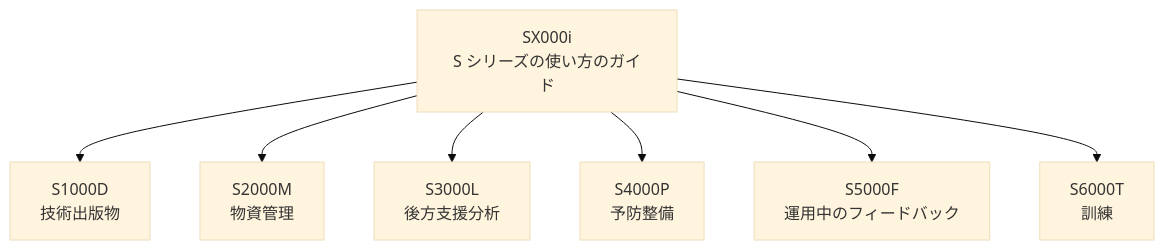
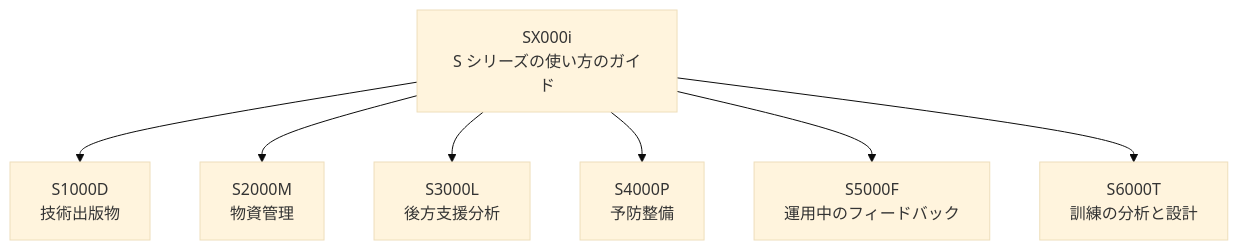
The diagram in books/s1000d-intro/s-series.md (shuji-bonji/zenn-articles), drawn with Mermaid (base theme) before and after one commit. The commit also changed other lines of this file, not shown here.

````diff
--- a/books/s1000d-intro/s-series.md
+++ b/books/s1000d-intro/s-series.md
@@ -25,10 +25,10 @@
 ```mermaid
 flowchart TB
   G["SX000i<br/>S シリーズの使い方のガイド"]
   G --> T["S1000D<br/>技術出版物"]
   G --> M["S2000M<br/>物資管理"]
   G --> L["S3000L<br/>後方支援分析"]
   G --> P["S4000P<br/>予防整備"]
   G --> F["S5000F<br/>運用中のフィードバック"]
-  G --> R["S6000T<br/>訓練"]
+  G --> R["S6000T<br/>訓練の分析と設計"]
 ```
````
